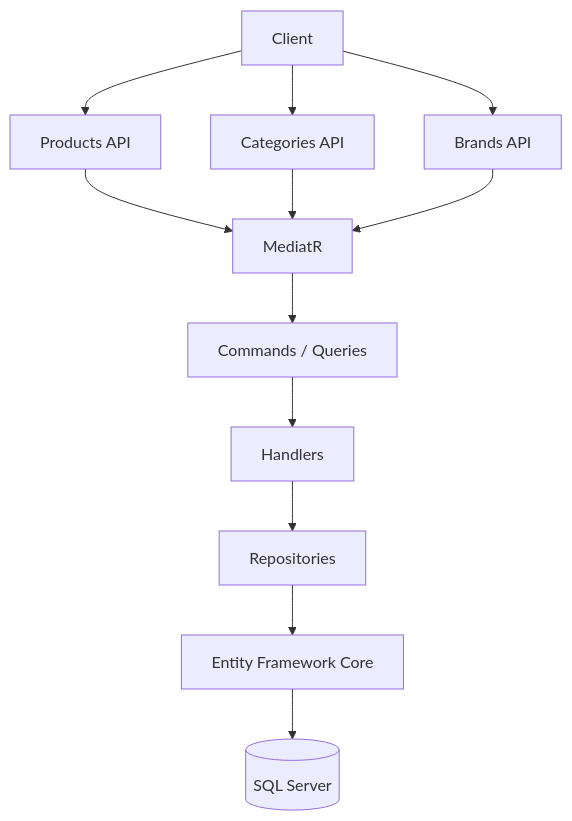
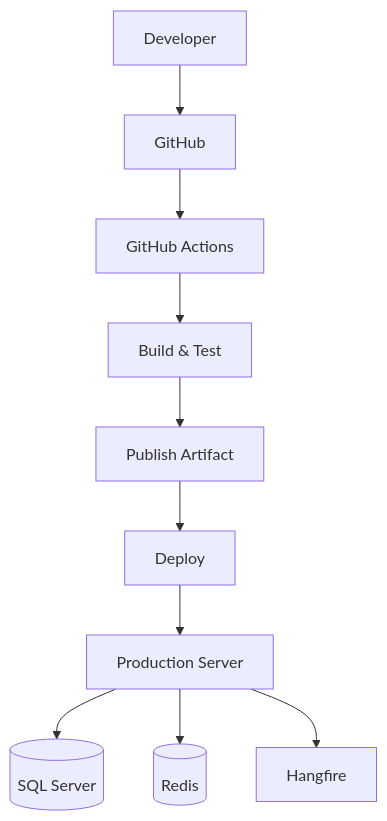
One commit to chintanchhapgar/ShopSphere changed the first of 6 diagrams in docs/deployment.md. Above: the diagram before and after it, drawn with Mermaid. The commit also changed other lines of this file, not shown here.

````diff
--- a/docs/deployment.md
+++ b/docs/deployment.md
@@ -46,25 +36,23 @@
 ```mermaid
 flowchart TD
-    A["Client"]
-    B["Products API"]
-    C["Categories API"]
-    D["Brands API"]
-    E["MediatR"]
-    F["Commands / Queries"]
-    G["Handlers"]
-    H["Repositories"]
-    I["Entity Framework Core"]
-    J[("SQL Server")]
+    A["Developer"]
+    B["GitHub"]
+    C["GitHub Actions"]
+    D["Build & Test"]
+    E["Publish Artifact"]
+    F["Deploy"]
+    G["Production Server"]
+    H[("SQL Server")]
+    I[("Redis")]
+    J["Hangfire"]
 
     A --> B
-    A --> C
-    A --> D
-    B --> E
-    C --> E
+    B --> C
+    C --> D
     D --> E
     E --> F
     F --> G
     G --> H
-    H --> I
-    I --> J
+    G --> I
+    G --> J
 ```
````
